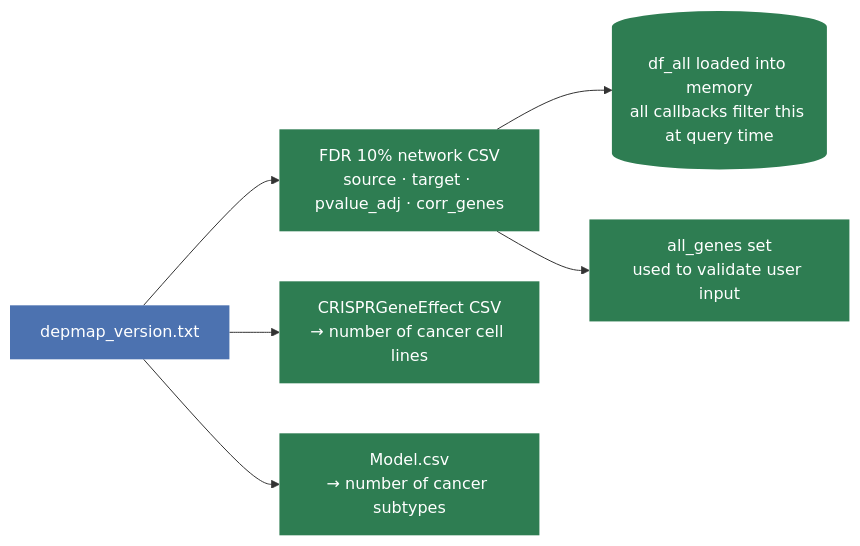
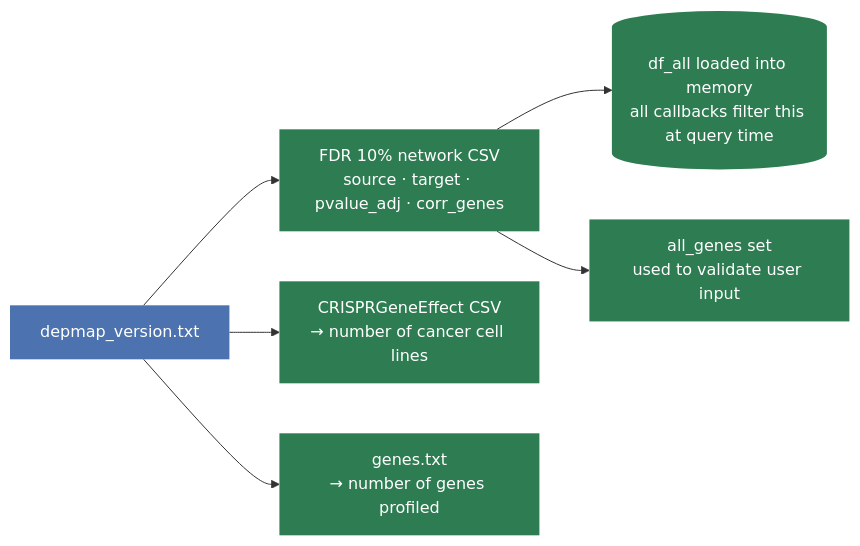
One commit to EMBL-EBI-ABC/PerturbationCatalogue changed the first of 3 diagrams in coessentiality_feature/documentation/gene_list_workflow.md. Above: the diagram before and after it, drawn with Mermaid. The commit also changed other lines of this file and 2 other files, not shown here.

Commit message:
update readme and workflow md

````diff
--- a/coessentiality_feature/documentation/gene_list_workflow.md
+++ b/coessentiality_feature/documentation/gene_list_workflow.md
@@ -11,12 +11,12 @@
 ```mermaid
 flowchart LR
 
 classDef file  fill:#4C72B0,color:#fff,stroke:none
 classDef data  fill:#2E7D52,color:#fff,stroke:none
 
 A[depmap_version.txt]:::file --> B[FDR 10% network CSV\nsource · target · pvalue_adj · corr_genes]:::data
 A --> C[CRISPRGeneEffect CSV\n→ number of cancer cell lines]:::data
-A --> D[Model.csv\n→ number of cancer subtypes]:::data
+A --> D[genes.txt\n→ number of genes profiled]:::data
 B --> E[(df_all loaded into memory\nall callbacks filter this at query time)]:::data
 B --> F[all_genes set\nused to validate user input]:::data
 ```
````
